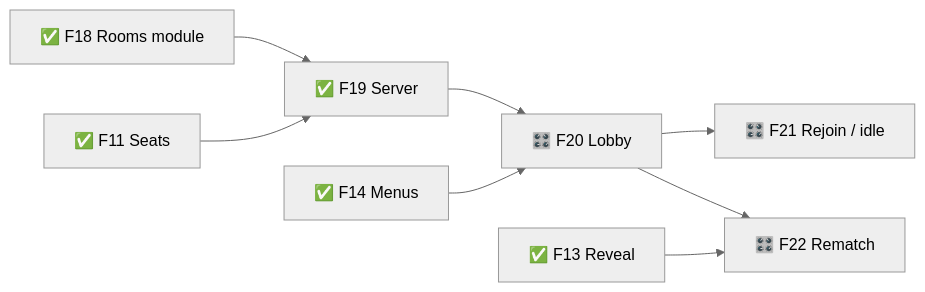
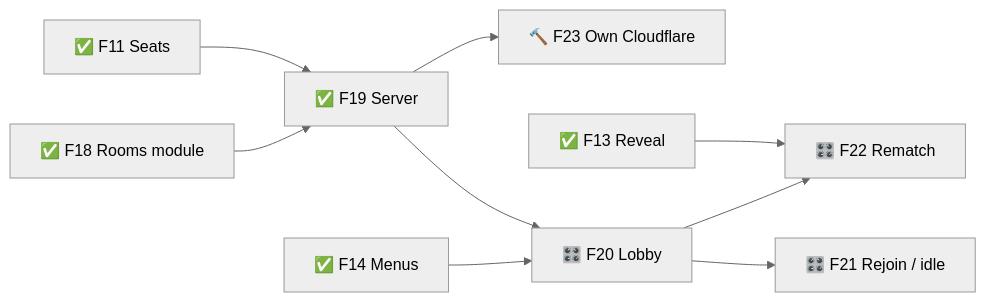
Before and after one commit to TheBlueMuzzy/Glyphtender: the fourth of 4 diagrams in .planning/ROADMAP.md, drawn with Mermaid (neutral theme). The commit also changed other lines of this file and 15 other files, not shown here.

First line of the commit message:
F23: online server on Muzzy's own Cloudflare (PartyServer + wrangler)

````diff
--- a/.planning/ROADMAP.md
+++ b/.planning/ROADMAP.md
@@ -81,10 +82,11 @@
 ```mermaid
 flowchart LR
   F18[✅ F18 Rooms module] --> F19[✅ F19 Server]
   F11[✅ F11 Seats] --> F19
   F19 --> F20[🎛️ F20 Lobby]
   F14[✅ F14 Menus] --> F20
   F20 --> F21[🎛️ F21 Rejoin / idle]
   F20 --> F22[🎛️ F22 Rematch]
   F13[✅ F13 Reveal] --> F22
+  F19 --> F23[🔨 F23 Own Cloudflare]
 ```
````
